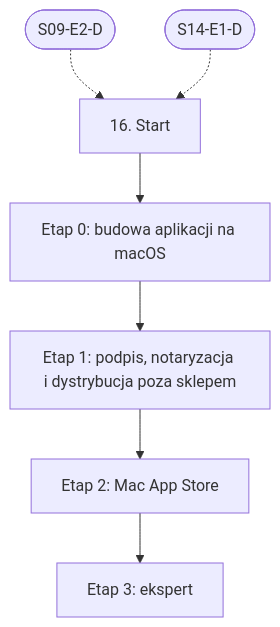
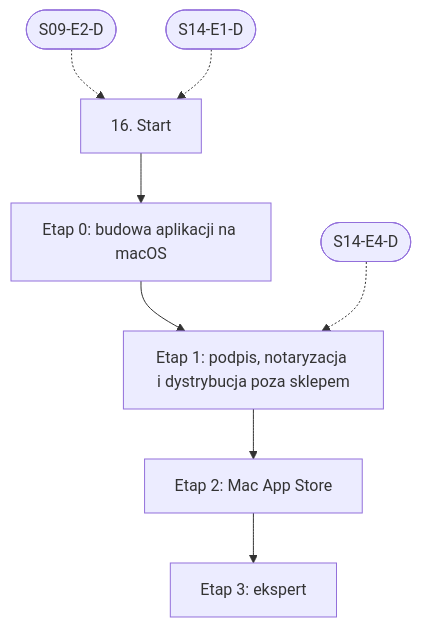
The diagram in linear/16-macos.md (danjarosz/software-development-learning-path), drawn with Mermaid before and after one commit. The commit also changed other lines of this file and 65 other files, not shown here.

First line of the commit message:
feat: popraw ścieżki nauki po przeglądzie i dodaj NestJS, FastAPI i GraphQL

````diff
--- a/linear/16-macos.md
+++ b/linear/16-macos.md
@@ -84,14 +79,15 @@
 ```mermaid
 flowchart TD
   START["16. Start"]
   E0["Etap 0: budowa aplikacji na macOS"]
   E1["Etap 1: podpis, notaryzacja i dystrybucja poza sklepem"]
   E2["Etap 2: Mac App Store"]
   E3["Etap 3: ekspert"]
   START --> E0
   E0 --> E1
+  XS14E4D(["S14-E4-D"]) -.-> E1
   E1 --> E2
   E2 --> E3
   XS09E2D(["S09-E2-D"]) -.-> START
   XS14E1D(["S14-E1-D"]) -.-> START
 ```
````
